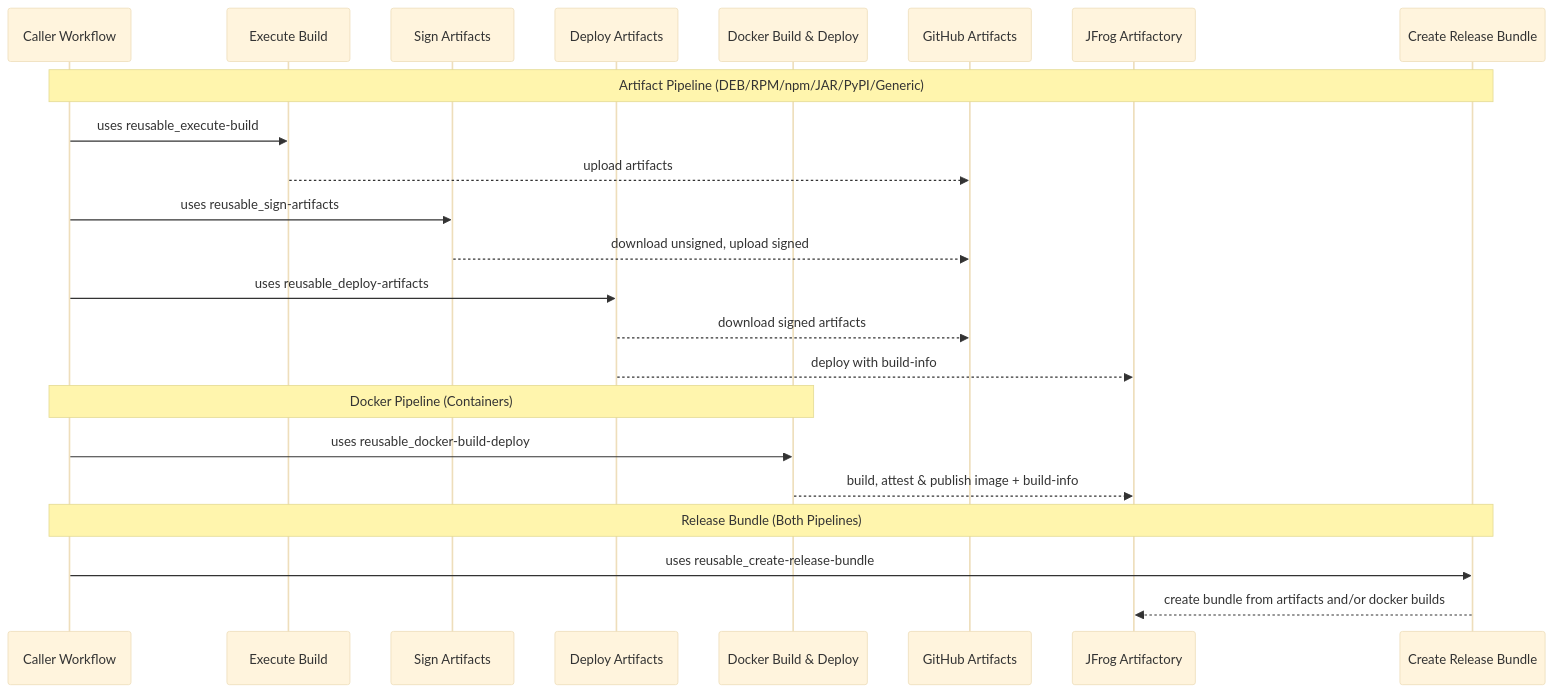
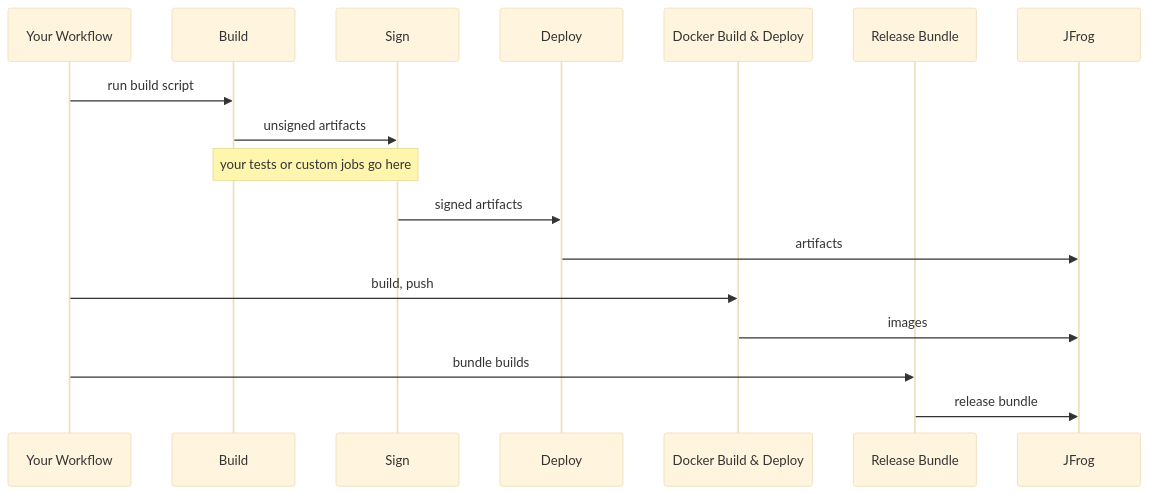
Before and after one commit to aerospike/shared-workflows: the diagram in .github/workflows/docs/CICD-composable.md, drawn with Mermaid (base theme). The commit also changed other lines of this file and 9 other files, not shown here.

````diff
--- a/.github/workflows/docs/CICD-composable.md
+++ b/.github/workflows/docs/CICD-composable.md
@@ -31,28 +31,19 @@
 ```mermaid
 sequenceDiagram
-  participant WF as Caller Workflow
-  participant SW1 as Execute Build
-  participant SW2 as Sign Artifacts
-  participant SW3 as Deploy Artifacts
-  participant SW5 as Docker Build & Deploy
-  participant GA as GitHub Artifacts
-  participant JF as JFrog Artifactory
-  participant SW4 as Create Release Bundle
-
-  Note over WF,SW4: Artifact Pipeline (DEB/RPM/npm/JAR/PyPI/Generic)
-  WF->>SW1: uses reusable_execute-build
-  SW1-->>GA: upload artifacts
-  WF->>SW2: uses reusable_sign-artifacts
-  SW2-->>GA: download unsigned, upload signed
-  WF->>SW3: uses reusable_deploy-artifacts
-  SW3-->>GA: download signed artifacts
-  SW3-->>JF: deploy with build-info
-
-  Note over WF,SW5: Docker Pipeline (Containers)
-  WF->>SW5: uses reusable_docker-build-deploy
-  SW5-->>JF: build, attest & publish image + build-info
-
-  Note over WF,SW4: Release Bundle (Both Pipelines)
-  WF->>SW4: uses reusable_create-release-bundle
-  SW4-->>JF: create bundle from artifacts and/or docker builds
+    participant YW as Your Workflow
+    participant EB as Build
+    participant SA as Sign
+    participant DA as Deploy
+    participant DBD as Docker Build & Deploy
+    participant RB as Release Bundle
+    participant JF as JFrog
+    YW->>EB: run build script
+    EB->>SA: unsigned artifacts
+    Note over EB,SA: your tests or custom jobs go here
+    SA->>DA: signed artifacts
+    DA->>JF: artifacts
+    YW->>DBD: build, push
+    DBD->>JF: images
+    YW->>RB: bundle builds
+    RB->>JF: release bundle
 ```
````
